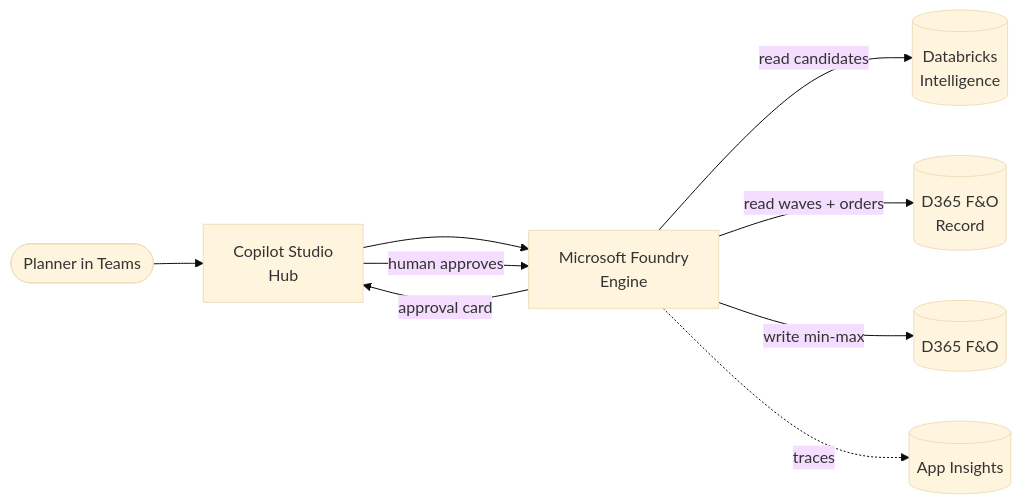
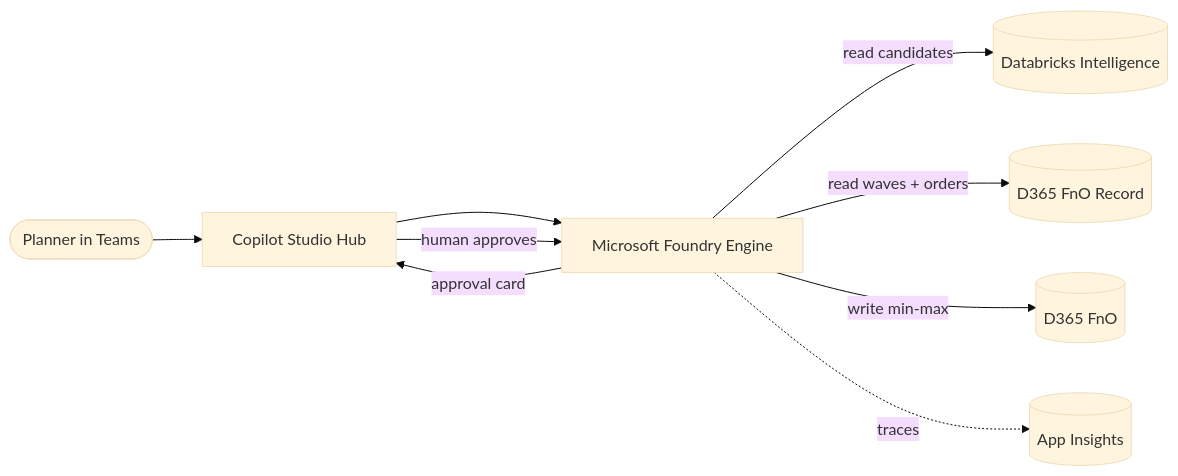
Before and after one commit to honestypugh2/warehouse-replenishment-ai-demo: the first of 7 diagrams in docs/07-demo-options.md, drawn with Mermaid (base theme). The commit also changed other lines of this file and 3 other files, not shown here.

First line of the commit message:
fix: resolve Mermaid rendering in all docs

````diff
--- a/docs/07-demo-options.md
+++ b/docs/07-demo-options.md
@@ -30,11 +30,11 @@
 ```mermaid
 flowchart LR
-    P([Planner in Teams]) --> CS[Copilot Studio<br/>Hub]
-    CS --> F[Microsoft Foundry<br/>Engine]
-    F -->|read candidates| DBX[(Databricks<br/>Intelligence)]
-    F -->|read waves + orders| D365R[(D365 F&O<br/>Record)]
+    P([Planner in Teams]) --> CS["Copilot Studio Hub"]
+    CS --> F["Microsoft Foundry Engine"]
+    F -->|read candidates| DBX[("Databricks Intelligence")]
+    F -->|read waves + orders| D365R[("D365 FnO Record")]
     F -->|approval card| CS
     CS -->|human approves| F
-    F -->|write min-max| D365W[(D365 F&O)]
+    F -->|write min-max| D365W[("D365 FnO")]
     F -.->|traces| AI[(App Insights)]
 ```
````
